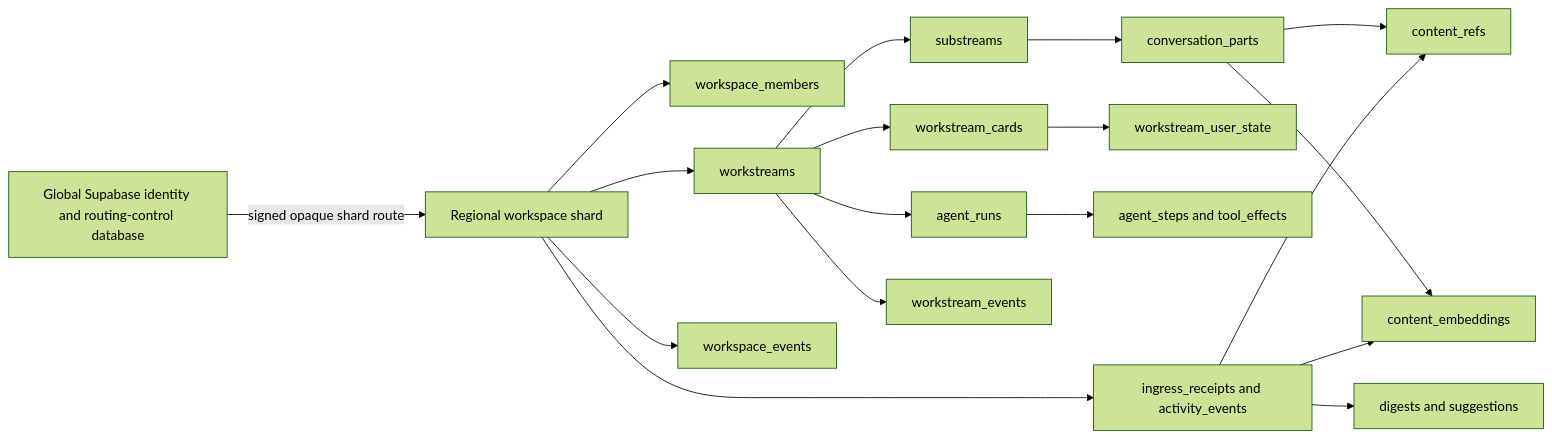
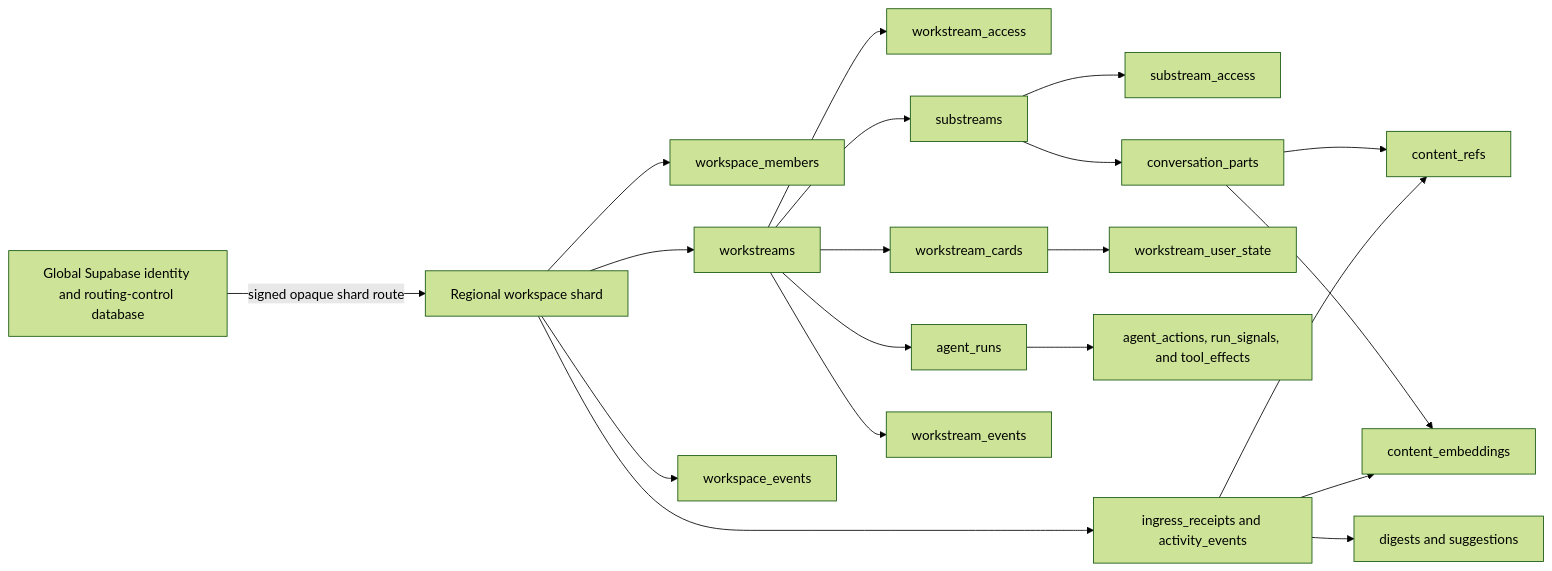
One commit to juno-ai-labs/avalon changed the diagram in docs/PRDs/2026-08-15_supabase-workspace-workstream-conversations/prd.md. Above: the diagram before and after it, drawn with Mermaid (forest theme). The commit also changed other lines of this file and 4 other files, not shown here.

Commit message:
docs: finalize Supabase workstream architecture

````diff
--- a/docs/PRDs/2026-08-15_supabase-workspace-workstream-conversations/prd.md
+++ b/docs/PRDs/2026-08-15_supabase-workspace-workstream-conversations/prd.md
@@ -1277,20 +1355,22 @@
 ```mermaid
 flowchart LR
   G["Global Supabase identity and routing-control database"] -->|"signed opaque shard route"| W["Regional workspace shard"]
   W --> M["workspace_members"]
   W --> WS["workstreams"]
+  WS --> WA["workstream_access"]
   WS --> S["substreams"]
+  S --> SA["substream_access"]
   S --> P["conversation_parts"]
   WS --> C["workstream_cards"]
   C --> U["workstream_user_state"]
   WS --> R["agent_runs"]
-  R --> RS["agent_steps and tool_effects"]
+  R --> RS["agent_actions, run_signals, and tool_effects"]
   W --> A["ingress_receipts and activity_events"]
   A --> SG["digests and suggestions"]
   P --> CR["content_refs"]
   A --> CR
   P --> E["content_embeddings"]
   A --> E
   WS --> WE["workstream_events"]
   W --> XE["workspace_events"]
 ```
````
